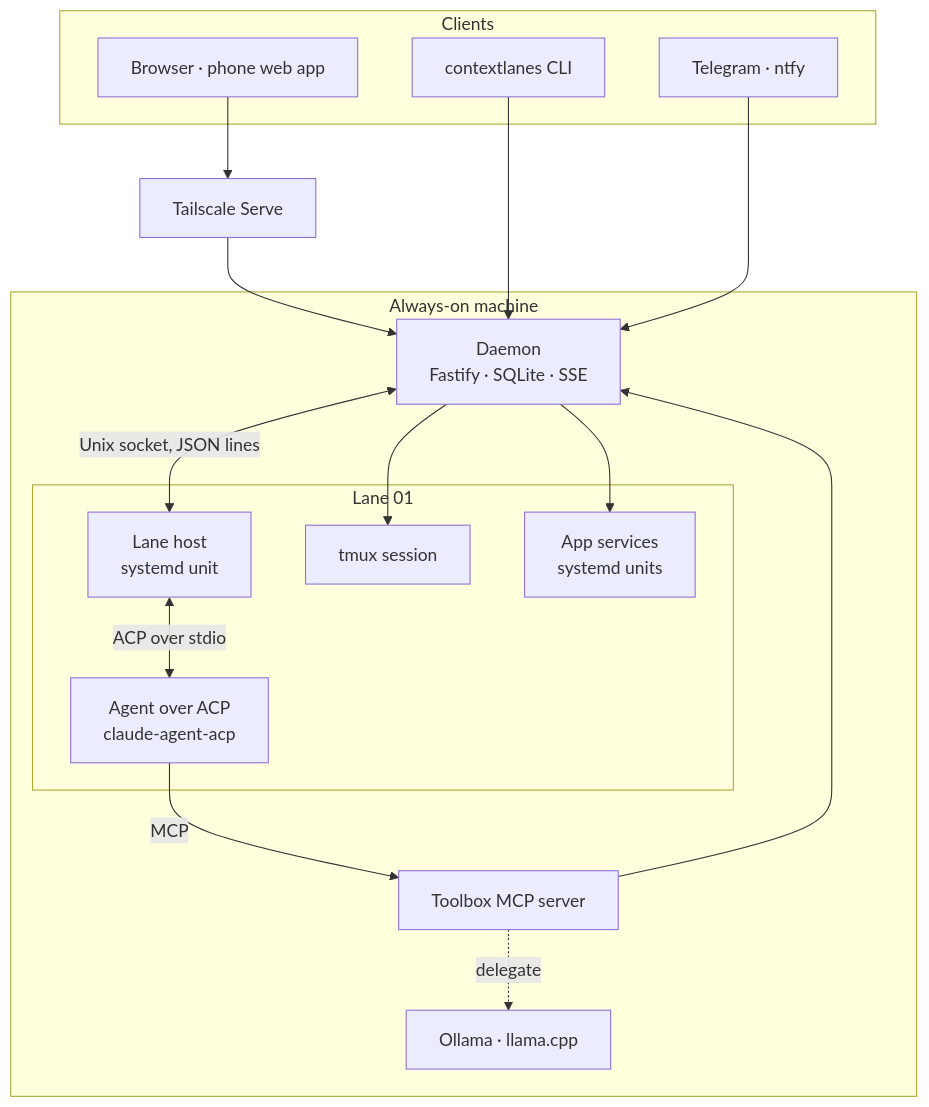
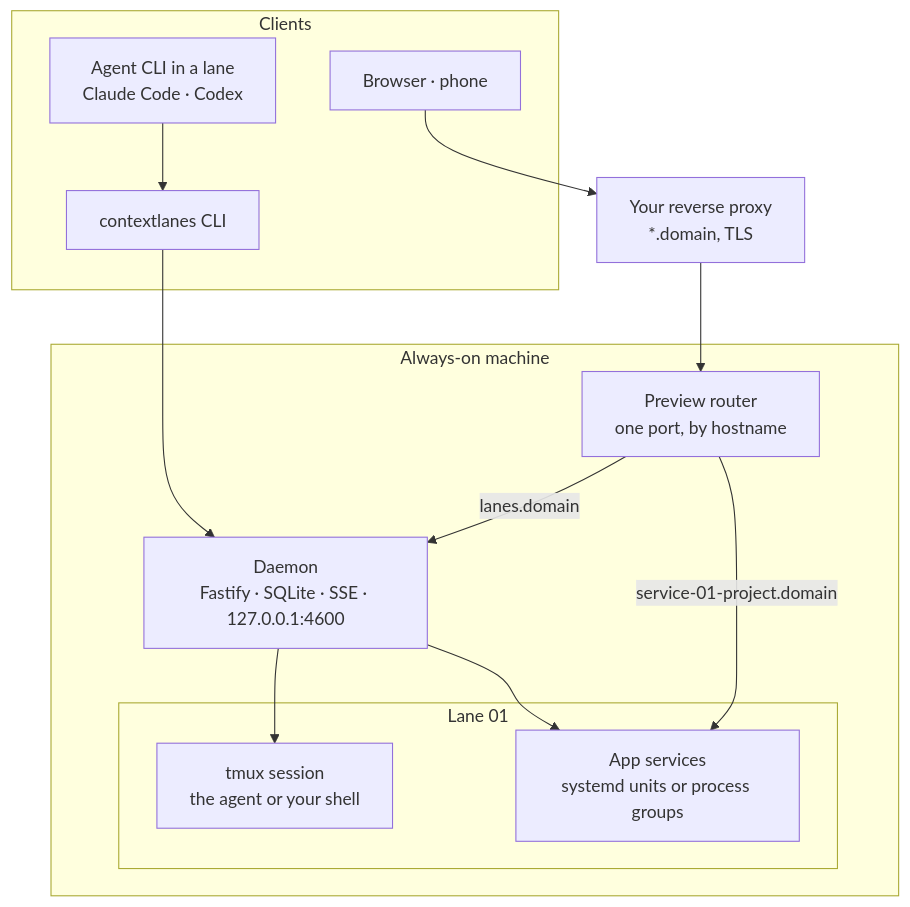
One commit to wongywrongy/ContextLane changed the first of 2 diagrams in docs/ARCHITECTURE.md. Above: the diagram before and after it, drawn with Mermaid. The commit also changed other lines of this file and 6 other files, not shown here.

````diff
--- a/docs/ARCHITECTURE.md
+++ b/docs/ARCHITECTURE.md
@@ -7,29 +7,23 @@
 ```mermaid
 flowchart TB
   subgraph clients[Clients]
-    web[Browser · phone web app]
+    agent[Agent CLI in a lane<br/>Claude Code · Codex]
     cli[contextlanes CLI]
-    tg[Telegram · ntfy]
+    browser[Browser · phone]
   end
-  ts[Tailscale Serve]
+  proxy[Your reverse proxy<br/>*.domain, TLS]
   subgraph machine[Always-on machine]
-    daemon[Daemon<br/>Fastify · SQLite · SSE]
+    daemon[Daemon<br/>Fastify · SQLite · SSE · 127.0.0.1:4600]
+    router[Preview router<br/>one port, by hostname]
     subgraph lane1[Lane 01]
-      host1[Lane host<br/>systemd unit]
-      agent1[Agent over ACP<br/>claude-agent-acp]
-      tmux1[tmux session]
-      app1[App services<br/>systemd units]
+      tmux1[tmux session<br/>the agent or your shell]
+      app1[App services<br/>systemd units or process groups]
     end
-    toolbox[Toolbox MCP server]
-    local[Ollama · llama.cpp]
   end
-  web --> ts --> daemon
-  cli --> daemon
-  tg --> daemon
-  daemon <-- Unix socket, JSON lines --> host1
-  host1 <-- ACP over stdio --> agent1
-  agent1 -- MCP --> toolbox --> daemon
+  agent --> cli --> daemon
+  browser --> proxy --> router
+  router -- lanes.domain --> daemon
+  router -- service-01-project.domain --> app1
   daemon --> tmux1
   daemon --> app1
-  toolbox -. delegate .-> local
 ```
````
